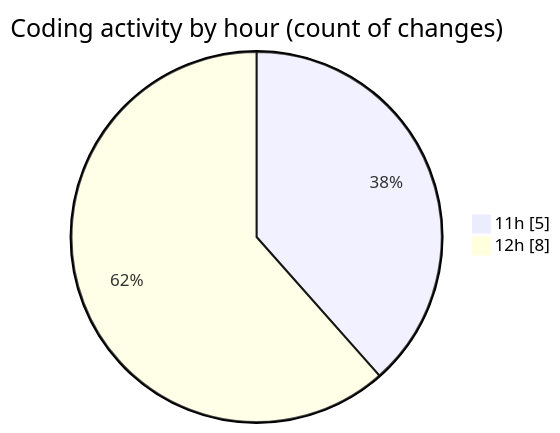
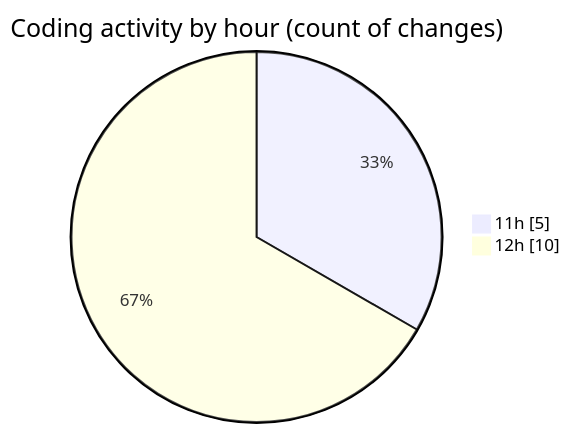
One commit to Elitesun/code-tracking changed the second of 2 diagrams in 2025-03-11/projet_stage/README.md. Above: the diagram before and after it, drawn with Mermaid. The commit also changed other lines of this file and 1 other file, not shown here.

````diff
--- a/2025-03-11/projet_stage/README.md
+++ b/2025-03-11/projet_stage/README.md
@@ -34,6 +34,6 @@
 ```mermaid
 pie showData
 title Coding activity by hour (count of changes)
 "11h" : 5
-"12h" : 8
+"12h" : 10
 ```
````
